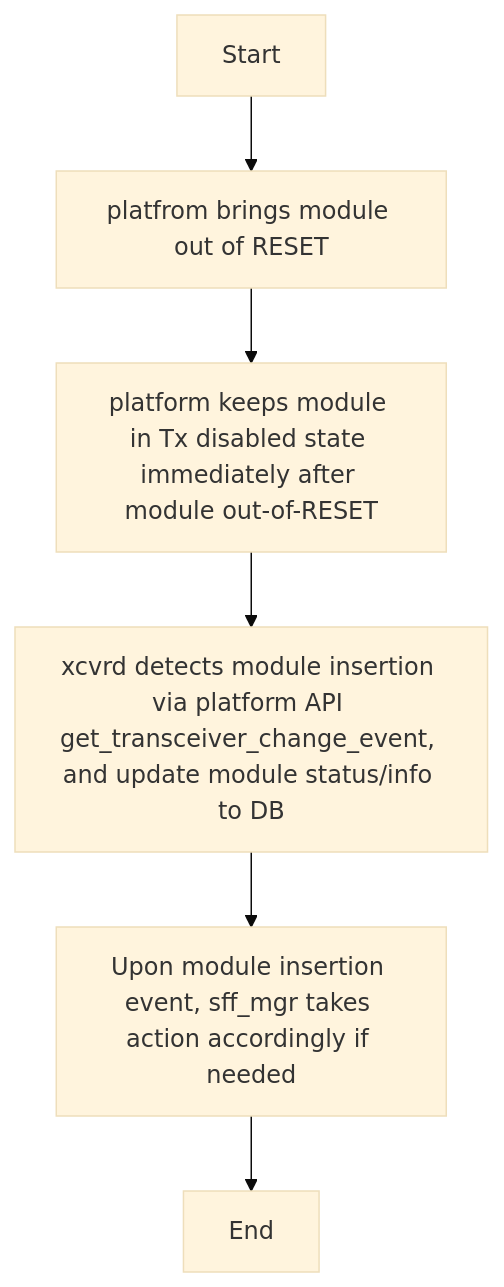
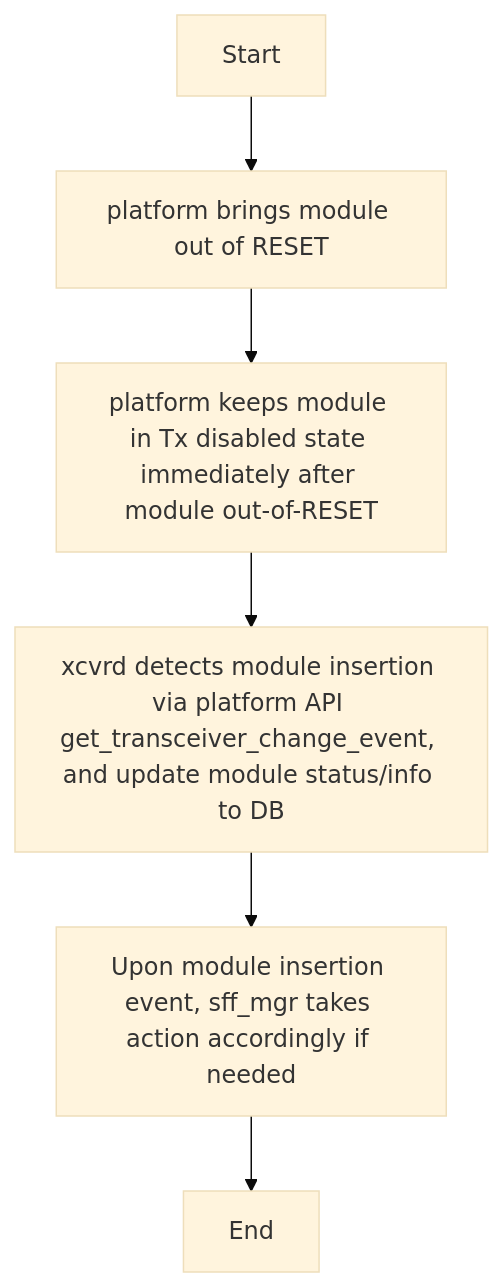
One commit to sonic-net/SONiC changed the first of 4 diagrams in doc/xrcvd/Interface-Link-bring-up-sequence-on-sff-modules.md. Above: the diagram before and after it, drawn with Mermaid (base theme). The commit also changed other lines of this file and 235 other files, not shown here.

````diff
--- a/doc/xrcvd/Interface-Link-bring-up-sequence-on-sff-modules.md
+++ b/doc/xrcvd/Interface-Link-bring-up-sequence-on-sff-modules.md
@@ -104,13 +104,13 @@
   ```mermaid
   graph TD;
-  A[platfrom brings module out of RESET]
+  A[platform brings module out of RESET]
   B[platform keeps module in Tx disabled state immediately after module out-of-RESET]
   C[xcvrd detects module insertion via platform API get_transceiver_change_event, and update module status/info to DB]
   D[Upon module insertion event, sff_mgr takes action accordingly if needed]
 
   Start --> A
   A --> B
   B --> C
   C --> D
   D --> End
   ```
````
